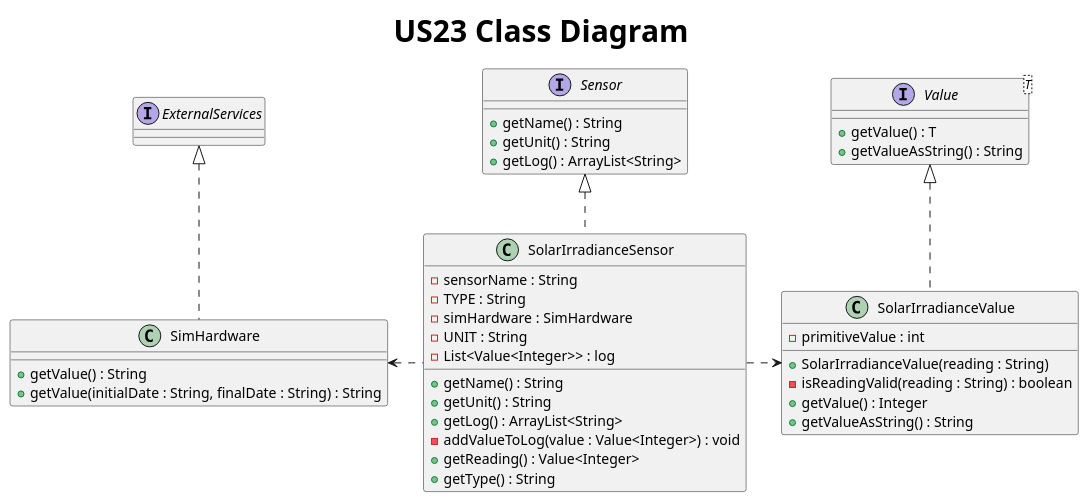
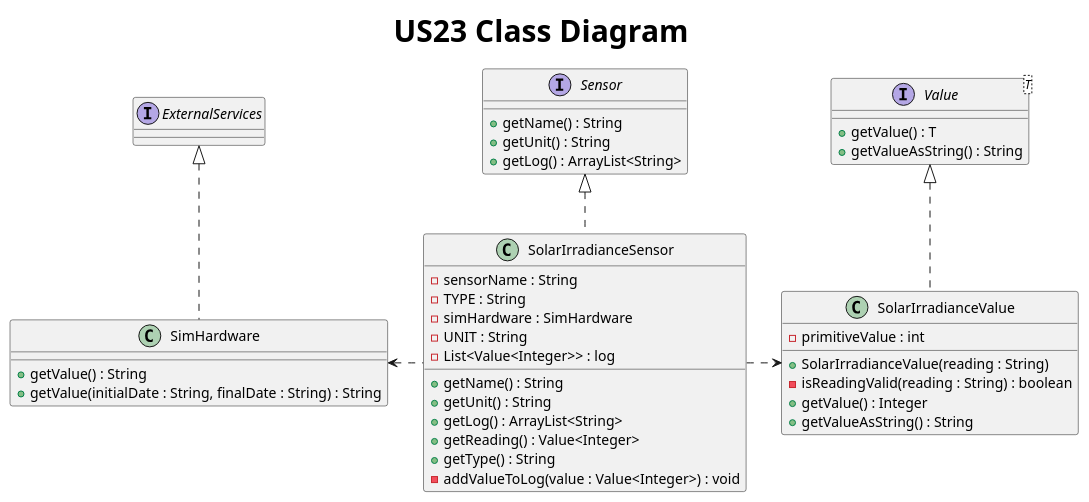
The diagram in Docs/US23/S3US23ClassDiagram.puml (AfonsoNeves77/smartHouse), drawn with PlantUML before and after one commit. The commit also changed other lines of this file and 2 other files, not shown here.

Commit message:
Team review: small corrections to sensor class diagrams.

```diff
--- a/Docs/US23/S3US23ClassDiagram.puml
+++ b/Docs/US23/S3US23ClassDiagram.puml
@@ -1,52 +1,52 @@
 @startuml
 title <size: 30> US23 Class Diagram
 
 interface Sensor {
     + getName() : String
     + getUnit() : String
     + getLog() : ArrayList<String>
 }
 
 interface Value<T> {
     + getValue() : T
     + getValueAsString() : String
 }
 
 class SimHardware {
      + getValue() : String
      + getValue(initialDate : String, finalDate : String) : String
 }
 
 class SolarIrradianceSensor {
     - sensorName : String
     - TYPE : String
     - simHardware : SimHardware
     - UNIT : String
     - List<Value<Integer>> : log
 
     + getName() : String
     + getUnit() : String
     + getLog() : ArrayList<String>
-    - addValueToLog(value : Value<Integer>) : void
     + getReading() : Value<Integer>
     + getType() : String
+    - addValueToLog(value : Value<Integer>) : void
 }
 
 class SolarIrradianceValue {
     - primitiveValue : int
 
     + SolarIrradianceValue(reading : String)
     - isReadingValid(reading : String) : boolean
     + getValue() : Integer
     + getValueAsString() : String
 }
 
 interface ExternalServices{}
 
 Value <|.. SolarIrradianceValue
 Sensor <|.. SolarIrradianceSensor
 SolarIrradianceSensor .right.> SolarIrradianceValue
 SolarIrradianceSensor .left.> SimHardware
 ExternalServices <|.. SimHardware
 
 @enduml
```
